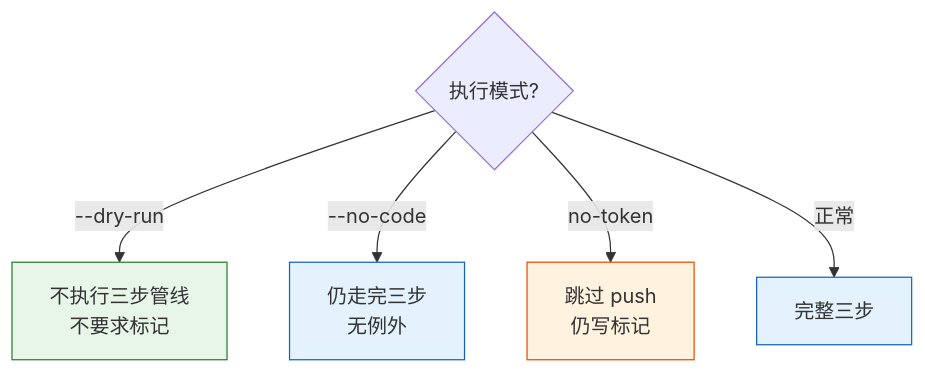
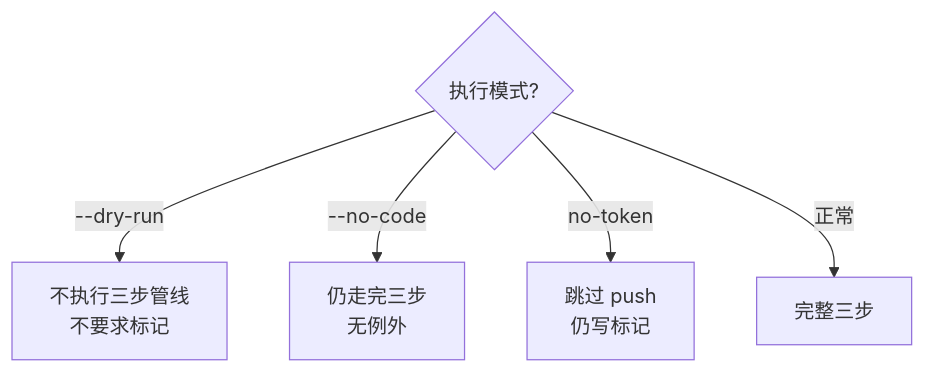
The eighth of 10 diagrams in rules/delivery-gate.md (effiy/YrY), drawn with Mermaid before and after one commit. The commit also changed other lines of this file and 61 other files, not shown here.

````diff
--- a/rules/delivery-gate.md
+++ b/rules/delivery-gate.md
@@ -216,12 +189,9 @@
 ```mermaid
 flowchart TD
     Q1{"执行模式?"}
     Q1 -->|"--dry-run"| E1["不执行三步管线<br/>不要求标记"]:::ex
     Q1 -->|"--no-code"| E2["仍走完三步<br/>无例外"]:::normal
     Q1 -->|"no-token"| E3["跳过 push<br/>仍写标记"]:::warn
     Q1 -->|"正常"| E4["完整三步"]:::normal
 
-    classDef ex fill:#e8f5e9,stroke:#2e7d32;
-    classDef normal fill:#e3f2fd,stroke:#1565c0;
-    classDef warn fill:#fff3e0,stroke:#e65100;
 ```
````
